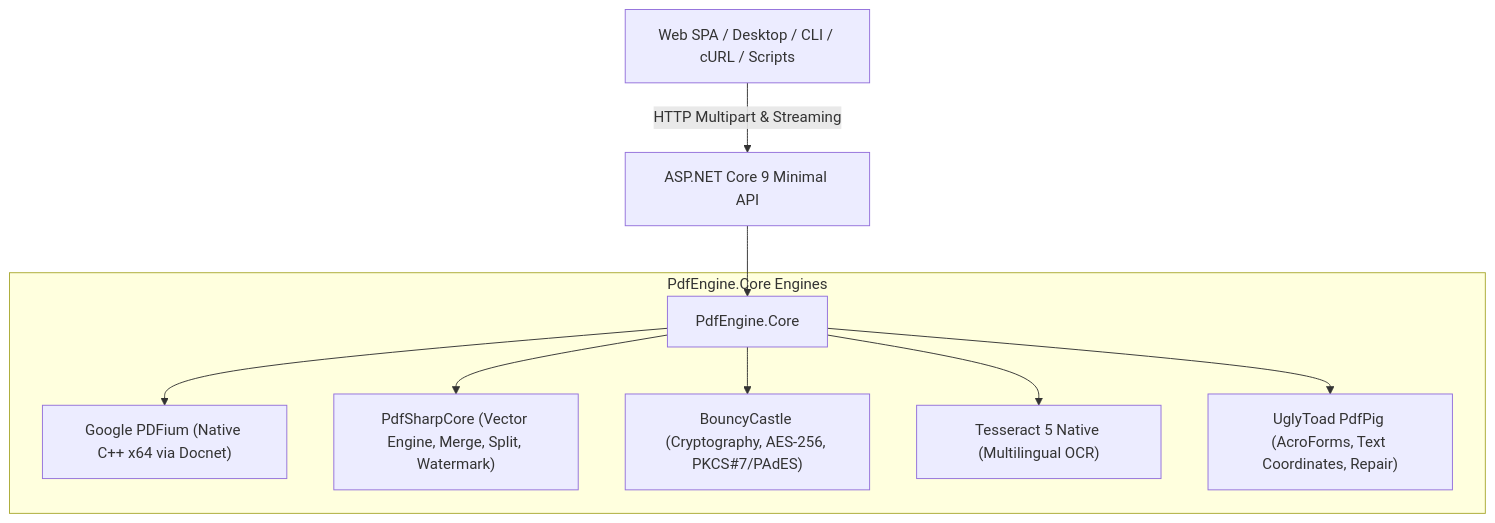
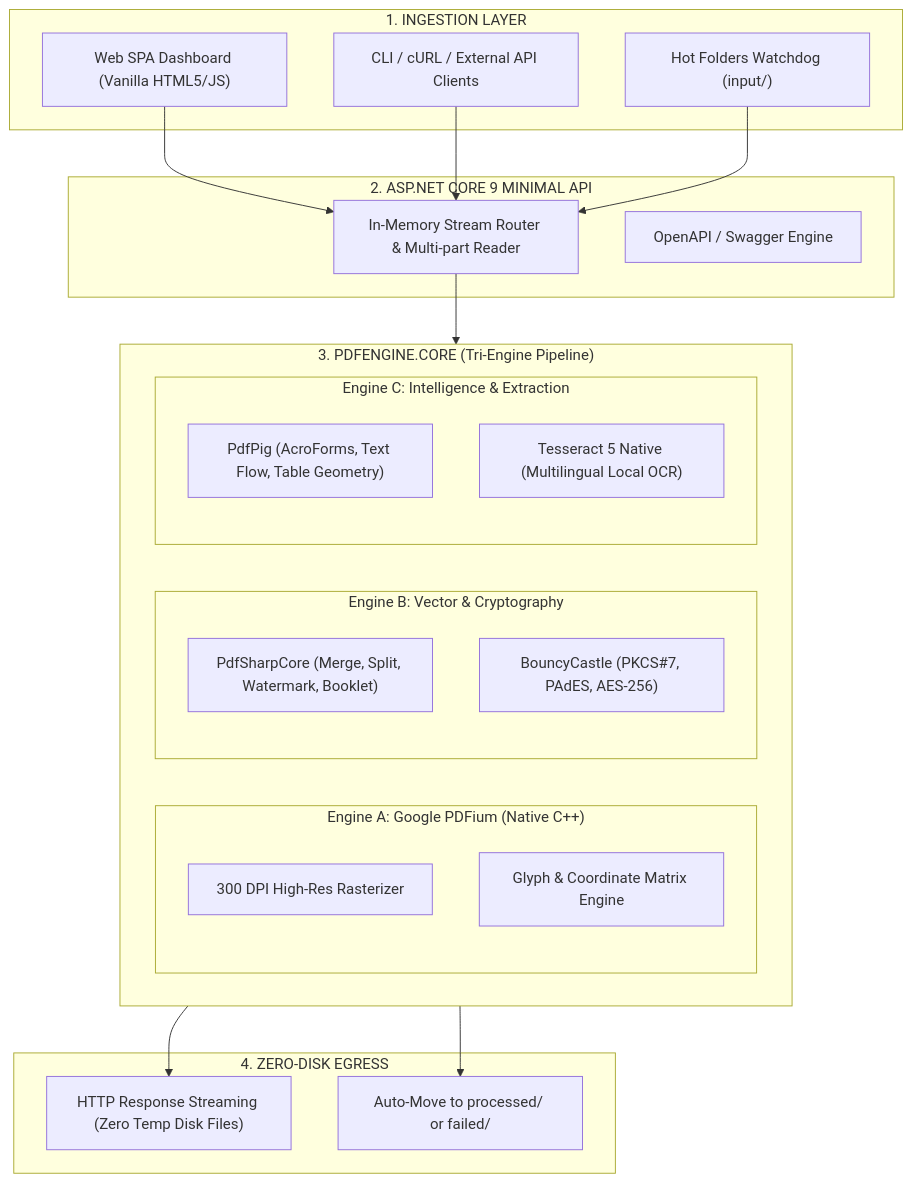
The diagram in README.md (jdelavega23/pdf-powerhouse), drawn with Mermaid before and after one commit. The commit also changed other lines of this file, not shown here.

Commit message:
docs: add Quickstart personas, Python/C# usage examples, and Architecture deep-dive

````diff
--- a/README.md
+++ b/README.md
@@ -73,13 +130,40 @@
 ```mermaid
-graph TD
-    Client[Web SPA / Desktop / CLI / cURL / Scripts] -->|HTTP Multipart & Streaming| API[ASP.NET Core 9 Minimal API]
-    API --> Core[PdfEngine.Core]
-    
-    subgraph "PdfEngine.Core Engines"
-        Core --> PDFium["Google PDFium (Native C++ x64 via Docnet)"]
-        Core --> PdfSharp["PdfSharpCore (Vector Engine, Merge, Split, Watermark)"]
-        Core --> Crypto["BouncyCastle (Cryptography, AES-256, PKCS#7/PAdES)"]
-        Core --> OCR["Tesseract 5 Native (Multilingual OCR)"]
-        Core --> PdfPig["UglyToad PdfPig (AcroForms, Text Coordinates, Repair)"]
+flowchart TD
+    subgraph Ingestion ["1. INGESTION LAYER"]
+        WebUI["Web SPA Dashboard (Vanilla HTML5/JS)"]
+        External["CLI / cURL / External API Clients"]
+        HotDir["Hot Folders Watchdog (input/)"]
     end
+
+    subgraph API ["2. ASP.NET CORE 9 MINIMAL API"]
+        StreamRouter["In-Memory Stream Router & Multi-part Reader"]
+        Swagger["OpenAPI / Swagger Engine"]
+    end
+
+    subgraph Core ["3. PDFENGINE.CORE (Tri-Engine Pipeline)"]
+        subgraph PDFium ["Engine A: Google PDFium (Native C++)"]
+            Raster["300 DPI High-Res Rasterizer"]
+            CoordExtract["Glyph & Coordinate Matrix Engine"]
+        end
+        subgraph Vector ["Engine B: Vector & Cryptography"]
+            PdfSharp["PdfSharpCore (Merge, Split, Watermark, Booklet)"]
+            BouncyCastle["BouncyCastle (PKCS#7, PAdES, AES-256)"]
+        end
+        subgraph Analysis ["Engine C: Intelligence & Extraction"]
+            PdfPig["PdfPig (AcroForms, Text Flow, Table Geometry)"]
+            Tesseract["Tesseract 5 Native (Multilingual Local OCR)"]
+        end
+    end
+
+    subgraph Egress ["4. ZERO-DISK EGRESS"]
+        ResponseStream["HTTP Response Streaming (Zero Temp Disk Files)"]
+        ProcessedHot["Auto-Move to processed/ or failed/"]
+    end
+
+    WebUI --> StreamRouter
+    External --> StreamRouter
+    HotDir --> StreamRouter
+    StreamRouter --> Core
+    Core --> ResponseStream
+    Core --> ProcessedHot
 ```
````
